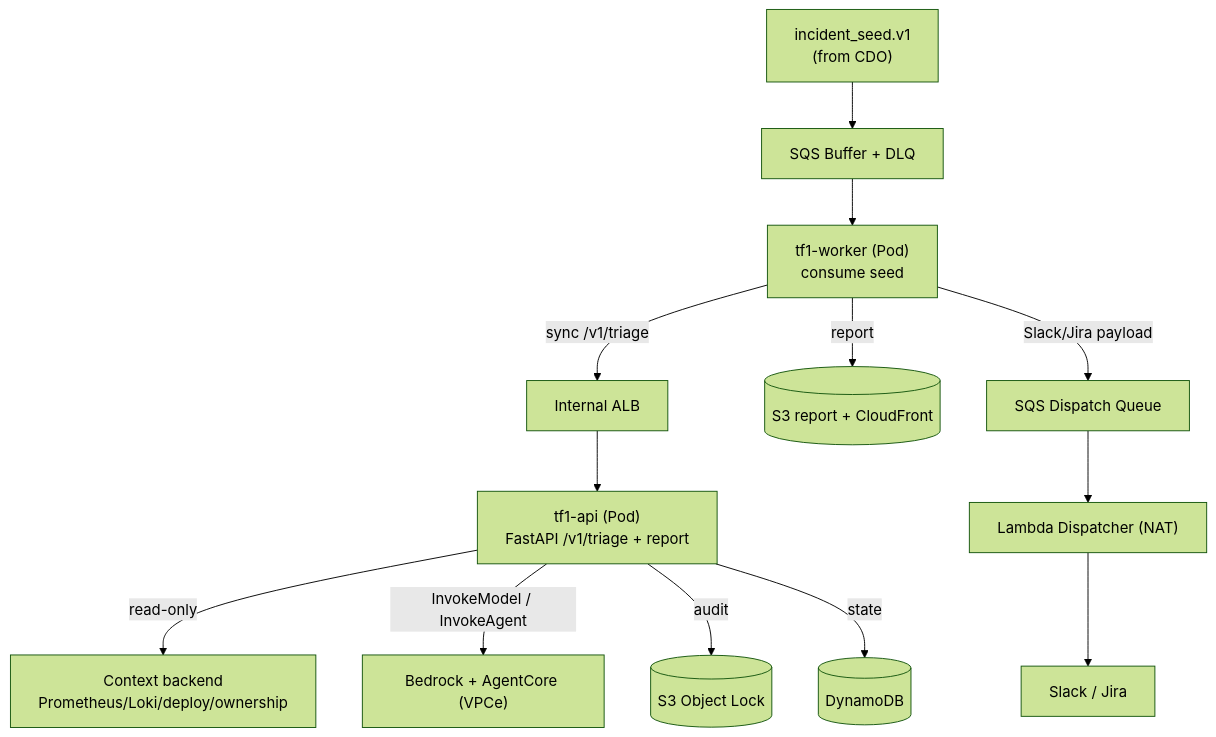
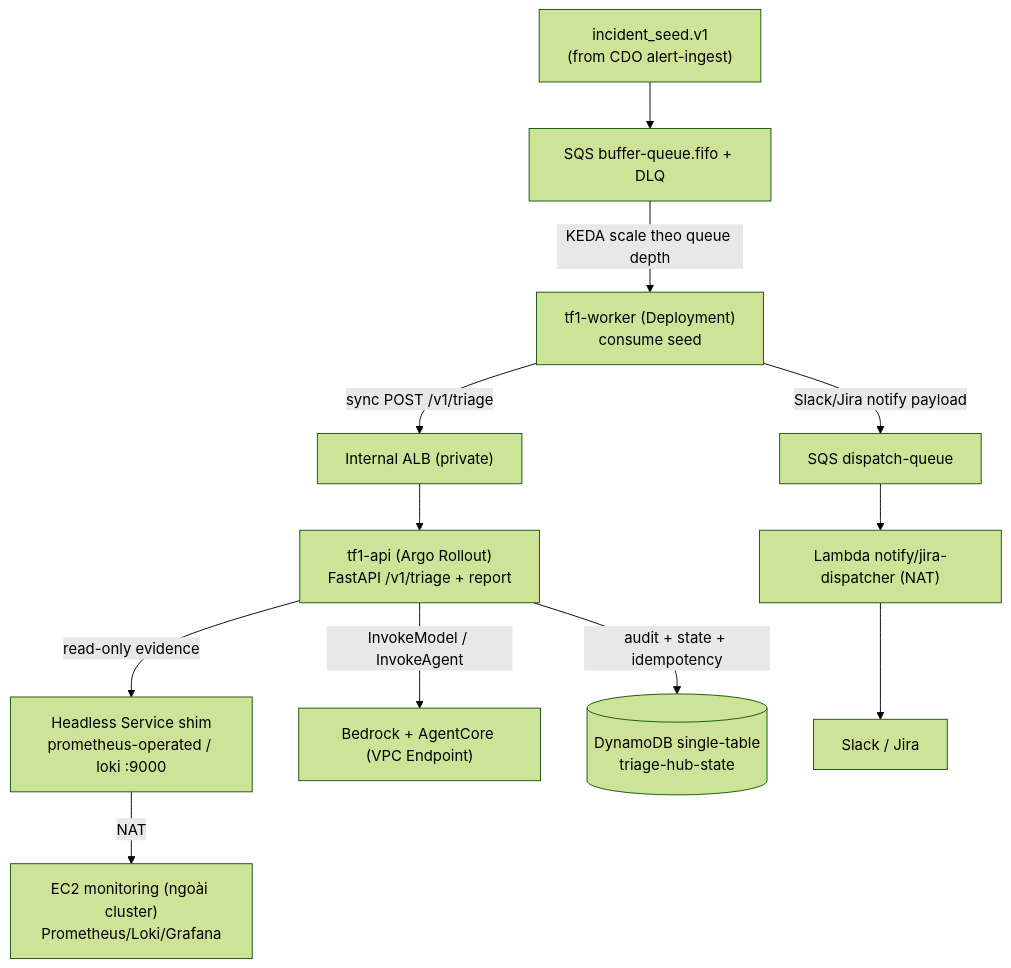
One commit to X-BRAIN-CDO-09/Triage-Hub changed the second of 2 diagrams in docs/reports/02_infra_design.md. Above: the diagram before and after it, drawn with Mermaid (forest theme). The commit also changed other lines of this file, not shown here.

First line of the commit message:
docs(report02): viết lại Section 8 (AI Engine Runtime) khớp hệ thống thật

````diff
--- a/docs/reports/02_infra_design.md
+++ b/docs/reports/02_infra_design.md
@@ -229,15 +231,14 @@
 ```mermaid
 graph TB
-    SEED["incident_seed.v1<br/>(from CDO)"] --> BUF["SQS Buffer + DLQ"]
-    BUF --> WK["tf1-worker (Pod)<br/>consume seed"]
-    WK -->|sync /v1/triage| ALB["Internal ALB"]
-    ALB --> API["tf1-api (Pod)<br/>FastAPI /v1/triage + report"]
-    API -->|read-only| CTX["Context backend<br/>Prometheus/Loki/deploy/ownership"]
-    API -->|InvokeModel / InvokeAgent| BR["Bedrock + AgentCore (VPCe)"]
-    API -->|audit| S3[("S3 Object Lock")]
-    API -->|state| DDB[("DynamoDB")]
-    WK -->|report| S3R[("S3 report + CloudFront")]
-    WK -->|Slack/Jira payload| DQ["SQS Dispatch Queue"]
-    DQ --> DISP["Lambda Dispatcher (NAT)"]
+    SEED["incident_seed.v1<br/>(from CDO alert-ingest)"] --> BUF["SQS buffer-queue.fifo + DLQ"]
+    BUF -->|KEDA scale theo queue depth| WK["tf1-worker (Deployment)<br/>consume seed"]
+    WK -->|sync POST /v1/triage| ALB["Internal ALB (private)"]
+    ALB --> API["tf1-api (Argo Rollout)<br/>FastAPI /v1/triage + report"]
+    API -->|read-only evidence| SHIM["Headless Service shim<br/>prometheus-operated / loki :9000"]
+    SHIM -->|NAT| EC2["EC2 monitoring (ngoài cluster)<br/>Prometheus/Loki/Grafana"]
+    API -->|InvokeModel / InvokeAgent| BR["Bedrock + AgentCore (VPC Endpoint)"]
+    API -->|audit + state + idempotency| DDB[("DynamoDB single-table<br/>triage-hub-state")]
+    WK -->|Slack/Jira notify payload| DQ["SQS dispatch-queue"]
+    DQ --> DISP["Lambda notify/jira-dispatcher (NAT)"]
     DISP --> SAAS["Slack / Jira"]
 ```
````
